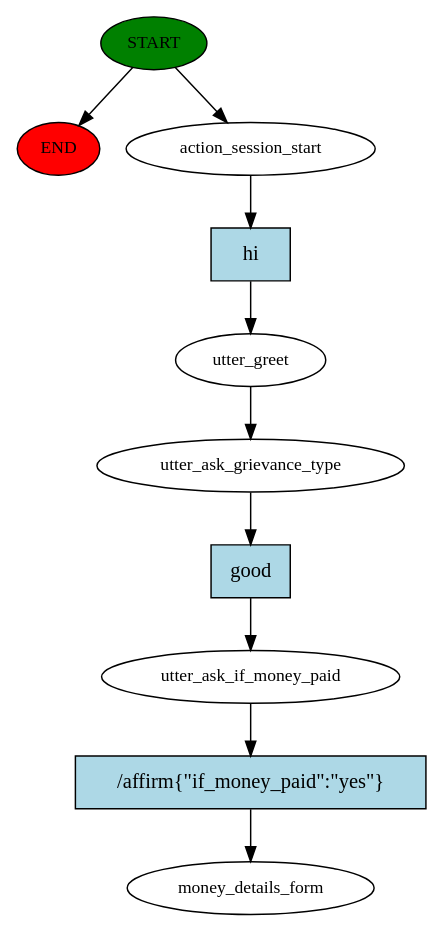
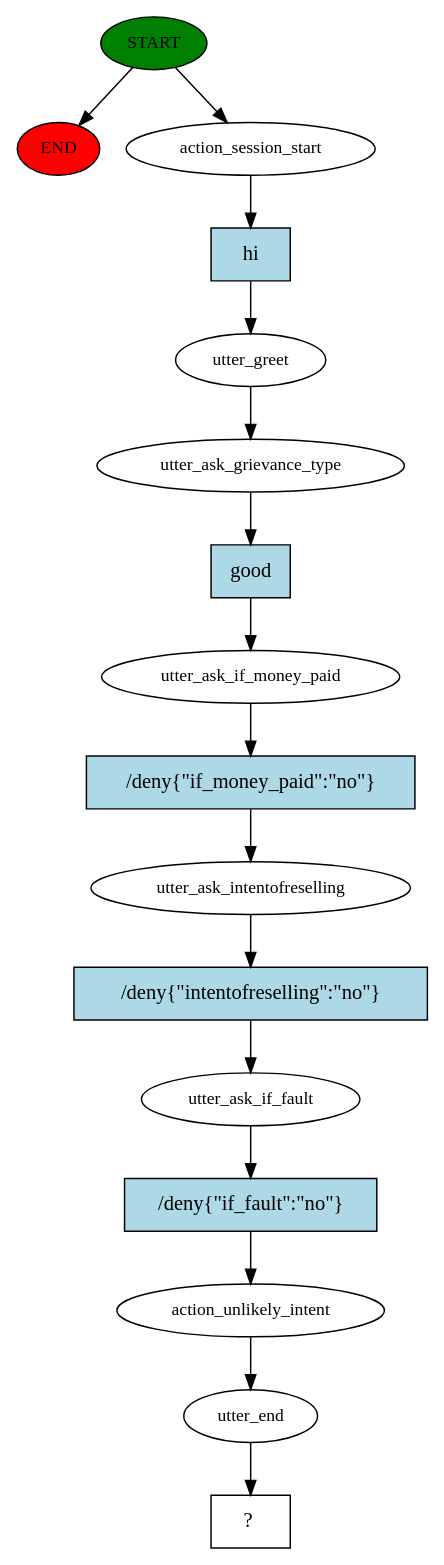
One commit to Vedant20Bhosale/sahay changed the diagram in story_graph.dot. Above: the diagram before and after it, drawn with Graphviz. The commit also changed 20 other files, not shown here.

```diff
--- a/story_graph.dot
+++ b/story_graph.dot
@@ -1,21 +1,33 @@
 digraph  {
 0 [class="start active", fillcolor=green, fontsize=12, label=START, style=filled];
 "-1" [class=end, fillcolor=red, fontsize=12, label=END, style=filled];
 1 [class=active, fontsize=12, label=action_session_start];
 2 [class=active, fontsize=12, label=utter_greet];
 3 [class=active, fontsize=12, label=utter_ask_grievance_type];
 4 [class=active, fontsize=12, label=utter_ask_if_money_paid];
-5 [class="dashed active", fontsize=12, label=money_details_form];
-6 [class="intent active", fillcolor=lightblue, label=hi, shape=rect, style=filled];
-7 [class="intent active", fillcolor=lightblue, label=good, shape=rect, style=filled];
-8 [class="intent active", fillcolor=lightblue, label="/affirm{\"if_money_paid\":\"yes\"}", shape=rect, style=filled];
+5 [class=active, fontsize=12, label=utter_ask_intentofreselling];
+6 [class=active, fontsize=12, label=utter_ask_if_fault];
+7 [class=active, fontsize=12, label=action_unlikely_intent];
+8 [class=active, fontsize=12, label=utter_end];
+9 [class="intent dashed active", label="  ?  ", shape=rect];
+10 [class="intent active", fillcolor=lightblue, label=hi, shape=rect, style=filled];
+11 [class="intent active", fillcolor=lightblue, label=good, shape=rect, style=filled];
+12 [class="intent active", fillcolor=lightblue, label="/deny{\"if_money_paid\":\"no\"}", shape=rect, style=filled];
+13 [class="intent active", fillcolor=lightblue, label="/deny{\"intentofreselling\":\"no\"}", shape=rect, style=filled];
+14 [class="intent active", fillcolor=lightblue, label="/deny{\"if_fault\":\"no\"}", shape=rect, style=filled];
 0 -> "-1"  [class="", key=NONE, label=""];
 0 -> 1  [class=active, key=NONE, label=""];
-1 -> 6  [class=active, key=0];
+1 -> 10  [class=active, key=0];
 2 -> 3  [class=active, key=NONE, label=""];
-3 -> 7  [class=active, key=0];
-4 -> 8  [class=active, key=0];
-6 -> 2  [class=active, key=0];
-7 -> 4  [class=active, key=0];
-8 -> 5  [class=active, key=0];
+3 -> 11  [class=active, key=0];
+4 -> 12  [class=active, key=0];
+5 -> 13  [class=active, key=0];
+6 -> 14  [class=active, key=0];
+7 -> 8  [class=active, key=NONE, label=""];
+8 -> 9  [class=active, key=NONE, label=""];
+10 -> 2  [class=active, key=0];
+11 -> 4  [class=active, key=0];
+12 -> 5  [class=active, key=0];
+13 -> 6  [class=active, key=0];
+14 -> 7  [class=active, key=0];
 }
```
